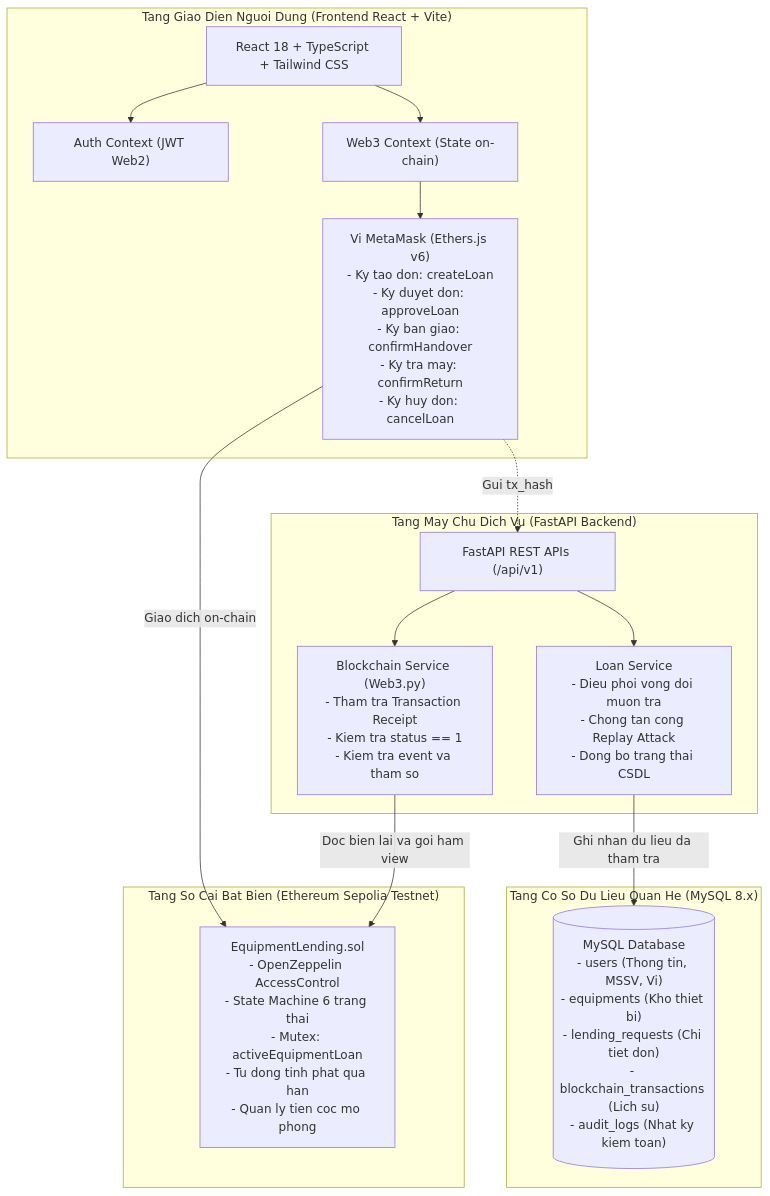
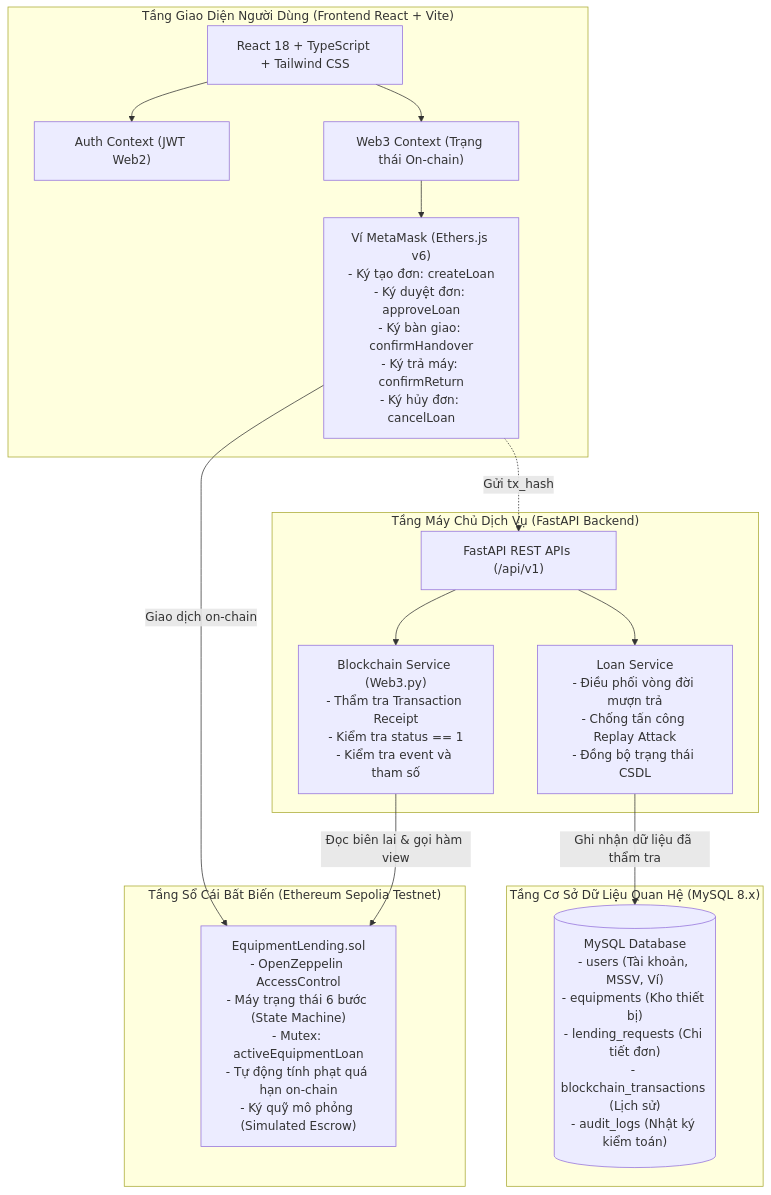
Before and after one commit to NguyenThanhDuy42124/EduVault: the diagram in README.md, drawn with Mermaid. The commit also changed other lines of this file, not shown here.

Commit message:
docs: Cap nhat README sang tieng Viet co dau va them icon dai dien theo yeu cau

````diff
--- a/README.md
+++ b/README.md
@@ -34,33 +34,33 @@
 ```mermaid
 flowchart TD
-    subgraph ClientLayer ["Tang Giao Dien Nguoi Dung (Frontend React + Vite)"]
+    subgraph ClientLayer ["Tầng Giao Diện Người Dùng (Frontend React + Vite)"]
         UI["React 18 + TypeScript + Tailwind CSS"]
-        MetaMask["Vi MetaMask (Ethers.js v6)\n- Ky tao don: createLoan\n- Ky duyet don: approveLoan\n- Ky ban giao: confirmHandover\n- Ky tra may: confirmReturn\n- Ky huy don: cancelLoan"]
+        MetaMask["Ví MetaMask (Ethers.js v6)\n- Ký tạo đơn: createLoan\n- Ký duyệt đơn: approveLoan\n- Ký bàn giao: confirmHandover\n- Ký trả máy: confirmReturn\n- Ký hủy đơn: cancelLoan"]
         AuthContext["Auth Context (JWT Web2)"]
-        Web3Context["Web3 Context (State on-chain)"]
+        Web3Context["Web3 Context (Trạng thái On-chain)"]
         UI --> AuthContext
         UI --> Web3Context
         Web3Context --> MetaMask
     end
 
-    subgraph BlockchainLayer ["Tang So Cai Bat Bien (Ethereum Sepolia Testnet)"]
-        SmartContract["EquipmentLending.sol\n- OpenZeppelin AccessControl\n- State Machine 6 trang thai\n- Mutex: activeEquipmentLoan\n- Tu dong tinh phat qua han\n- Quan ly tien coc mo phong"]
+    subgraph BlockchainLayer ["Tầng Sổ Cái Bất Biến (Ethereum Sepolia Testnet)"]
+        SmartContract["EquipmentLending.sol\n- OpenZeppelin AccessControl\n- Máy trạng thái 6 bước (State Machine)\n- Mutex: activeEquipmentLoan\n- Tự động tính phạt quá hạn on-chain\n- Ký quỹ mô phỏng (Simulated Escrow)"]
     end
 
-    subgraph BackendLayer ["Tang May Chu Dich Vu (FastAPI Backend)"]
+    subgraph BackendLayer ["Tầng Máy Chủ Dịch Vụ (FastAPI Backend)"]
         API["FastAPI REST APIs (/api/v1)"]
-        BlockchainService["Blockchain Service (Web3.py)\n- Tham tra Transaction Receipt\n- Kiem tra status == 1\n- Kiem tra event va tham so"]
-        LoanService["Loan Service\n- Dieu phoi vong doi muon tra\n- Chong tan cong Replay Attack\n- Dong bo trang thai CSDL"]
+        BlockchainService["Blockchain Service (Web3.py)\n- Thẩm tra Transaction Receipt\n- Kiểm tra status == 1\n- Kiểm tra event và tham số"]
+        LoanService["Loan Service\n- Điều phối vòng đời mượn trả\n- Chống tấn công Replay Attack\n- Đồng bộ trạng thái CSDL"]
         API --> BlockchainService
         API --> LoanService
     end
 
-    subgraph DatabaseLayer ["Tang Co So Du Lieu Quan He (MySQL 8.x)"]
-        MySQL[("MySQL Database\n- users (Thong tin, MSSV, Vi)\n- equipments (Kho thiet bi)\n- lending_requests (Chi tiet don)\n- blockchain_transactions (Lich su)\n- audit_logs (Nhat ky kiem toan)")]
+    subgraph DatabaseLayer ["Tầng Cơ Sở Dữ Liệu Quan Hệ (MySQL 8.x)"]
+        MySQL[("MySQL Database\n- users (Tài khoản, MSSV, Ví)\n- equipments (Kho thiết bị)\n- lending_requests (Chi tiết đơn)\n- blockchain_transactions (Lịch sử)\n- audit_logs (Nhật ký kiểm toán)")]
     end
 
-    MetaMask -->|Giao dich on-chain| SmartContract
-    MetaMask -.->|Gui tx_hash| API
-    BlockchainService -->|Doc bien lai va goi ham view| SmartContract
-    LoanService -->|Ghi nhan du lieu da tham tra| MySQL
+    MetaMask -->|Giao dịch on-chain| SmartContract
+    MetaMask -.->|Gửi tx_hash| API
+    BlockchainService -->|Đọc biên lai & gọi hàm view| SmartContract
+    LoanService -->|Ghi nhận dữ liệu đã thẩm tra| MySQL
 ```
````
